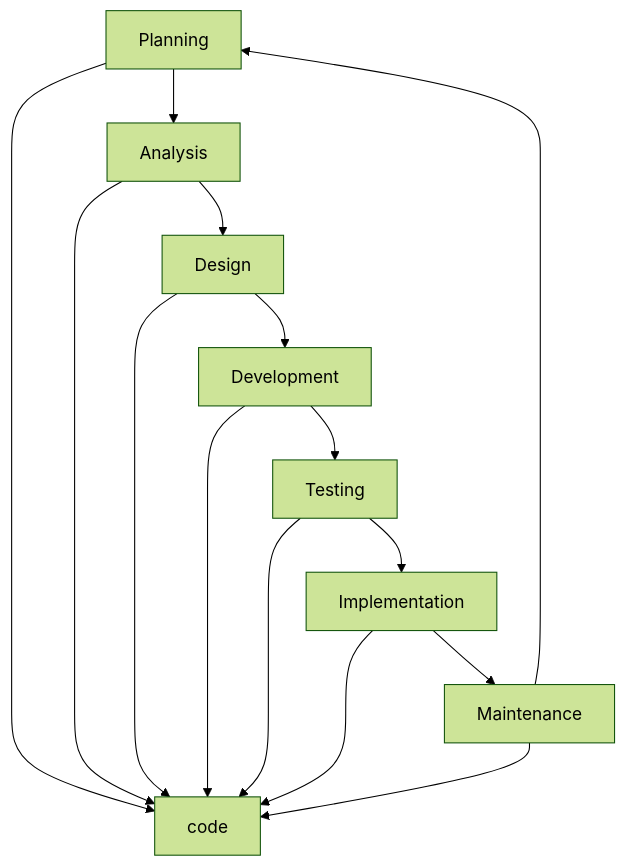
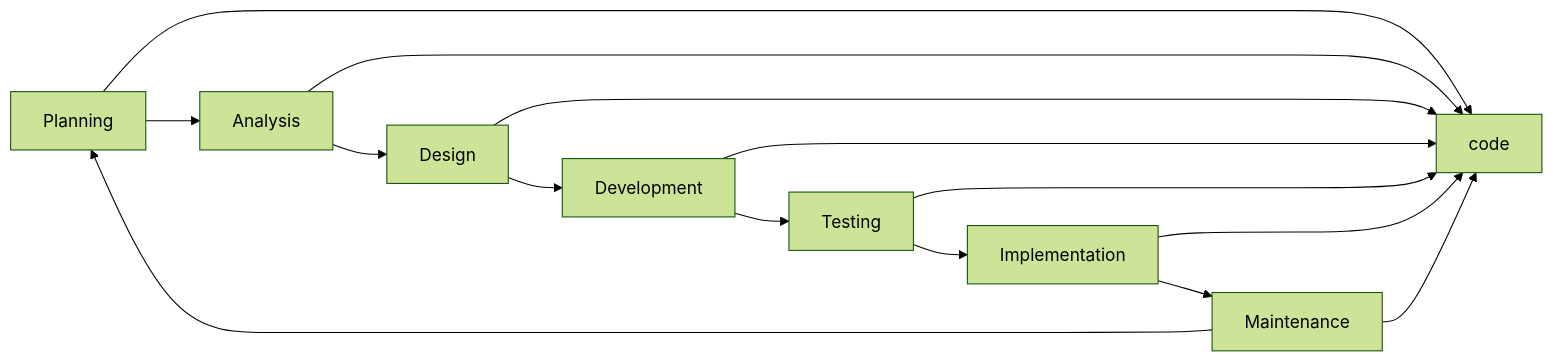
The first of 2 diagrams in AlexMcCombie-Coder-README.md (alex-mccombie/resume_readme), drawn with Mermaid (forest theme) before and after one commit. The commit also changed other lines of this file, not shown here.

````diff
--- a/AlexMcCombie-Coder-README.md
+++ b/AlexMcCombie-Coder-README.md
@@ -281,17 +281,17 @@
 ```mermaid
-  graph TD;
+  graph LR;
       Planning-->code;
       Planning-->Analysis;
       Analysis-->code;
       Analysis-->Design;
       Design-->code;
       Design-->Development;
       Development-->code;
       Development-->Testing;
       Testing-->code;
       Testing-->Implementation;
       Implementation-->code;
       Implementation-->Maintenance;
       Maintenance-->code;
       Maintenance-->Planning;
 ```
````
